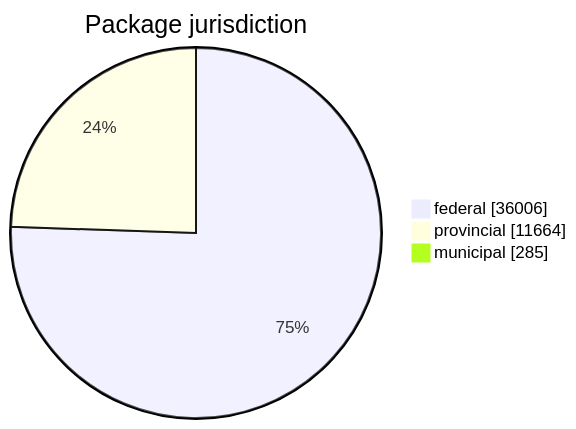
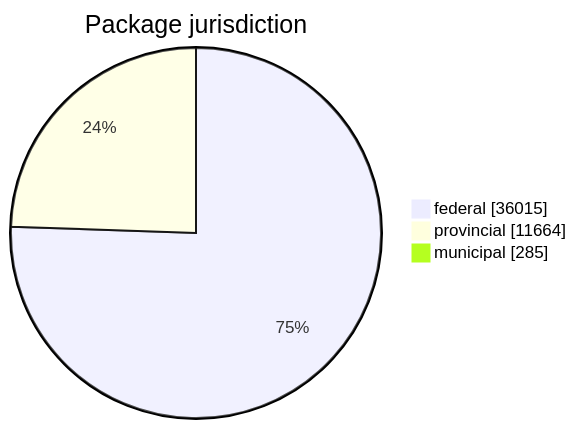
The first of 5 diagrams in FreshCheck/README.md (open-data/analytics-corporate-reporting), drawn with Mermaid before and after one commit. The commit also changed other lines of this file and 3 other files, not shown here.

````diff
--- a/FreshCheck/README.md
+++ b/FreshCheck/README.md
@@ -60,6 +60,6 @@
 ```mermaid
 pie showData title Package jurisdiction
-    "federal": 36006
+    "federal": 36015
     "provincial": 11664
     "municipal": 285
 ```
````
